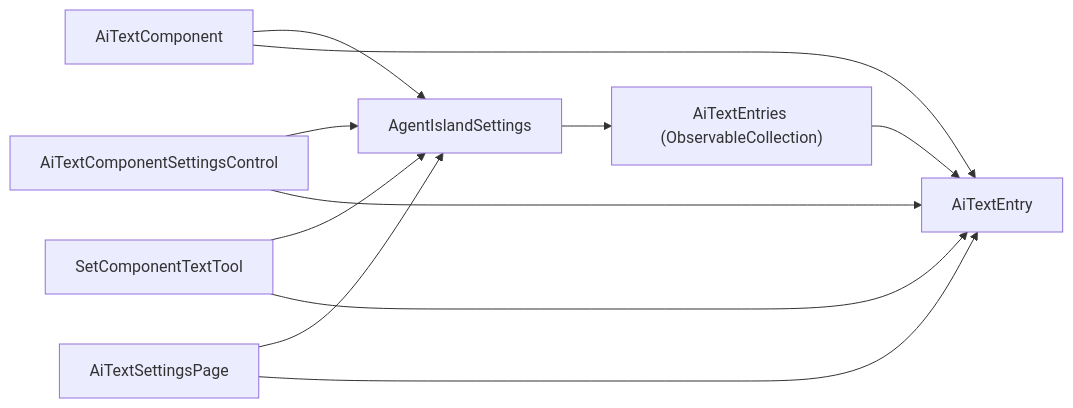
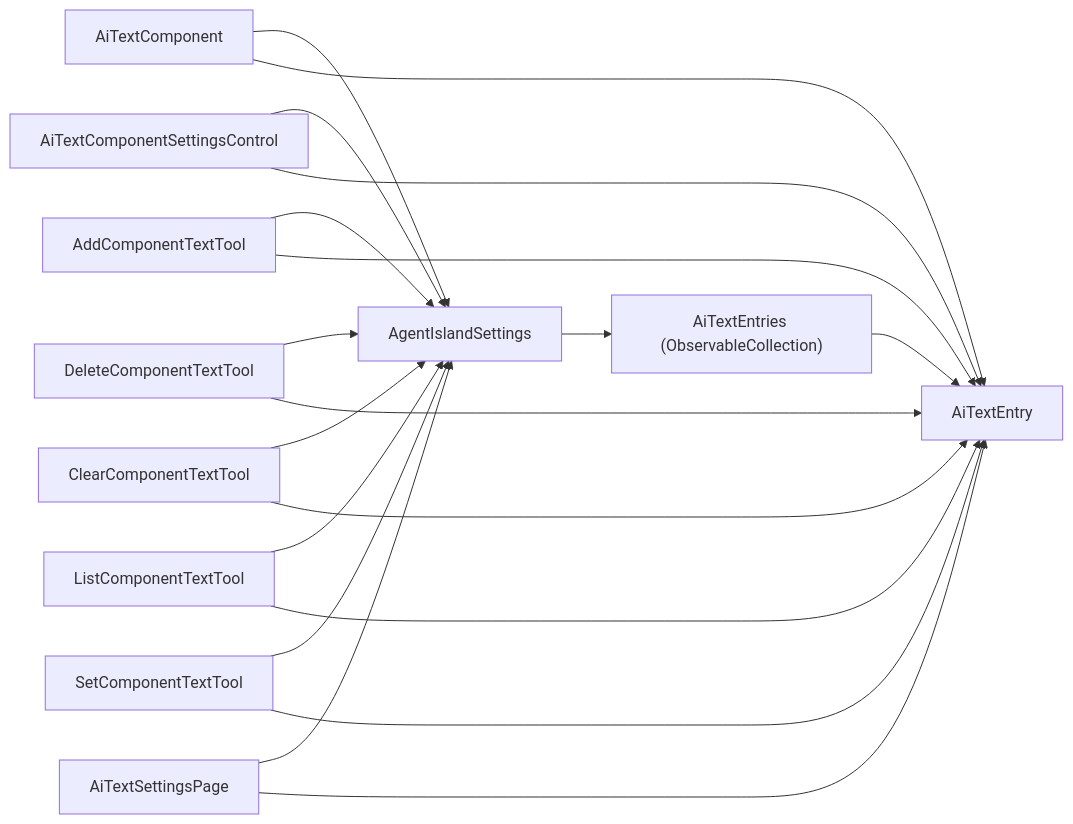
The ninth of 9 diagrams in .qoder/repowiki/en/content/Configuration Management/AI Text Component Configuration.md (ShihaoShenDev/AgentIsland), drawn with Mermaid before and after one commit. The commit also changed other lines of this file and 116 other files, not shown here.

````diff
--- a/.qoder/repowiki/en/content/Configuration Management/AI Text Component Configuration.md
+++ b/.qoder/repowiki/en/content/Configuration Management/AI Text Component Configuration.md
@@ -288,13 +395,21 @@
 ```mermaid
 graph LR
 Settings["AgentIslandSettings"] --> Entries["AiTextEntries (ObservableCollection)"]
 Entries --> Entry["AiTextEntry"]
 Comp["AiTextComponent"] --> Settings
 Comp --> Entry
 SCtrl["AiTextComponentSettingsControl"] --> Settings
 SCtrl --> Entry
-Tool["SetComponentTextTool"] --> Settings
-Tool --> Entry
+AddTool["AddComponentTextTool"] --> Settings
+AddTool --> Entry
+DelTool["DeleteComponentTextTool"] --> Settings
+DelTool --> Entry
+ClearTool["ClearComponentTextTool"] --> Settings
+ClearTool --> Entry
+ListTool["ListComponentTextTool"] --> Settings
+ListTool --> Entry
+SetTool["SetComponentTextTool"] --> Settings
+SetTool --> Entry
 Page["AiTextSettingsPage"] --> Settings
 Page --> Entry
 ```
````
